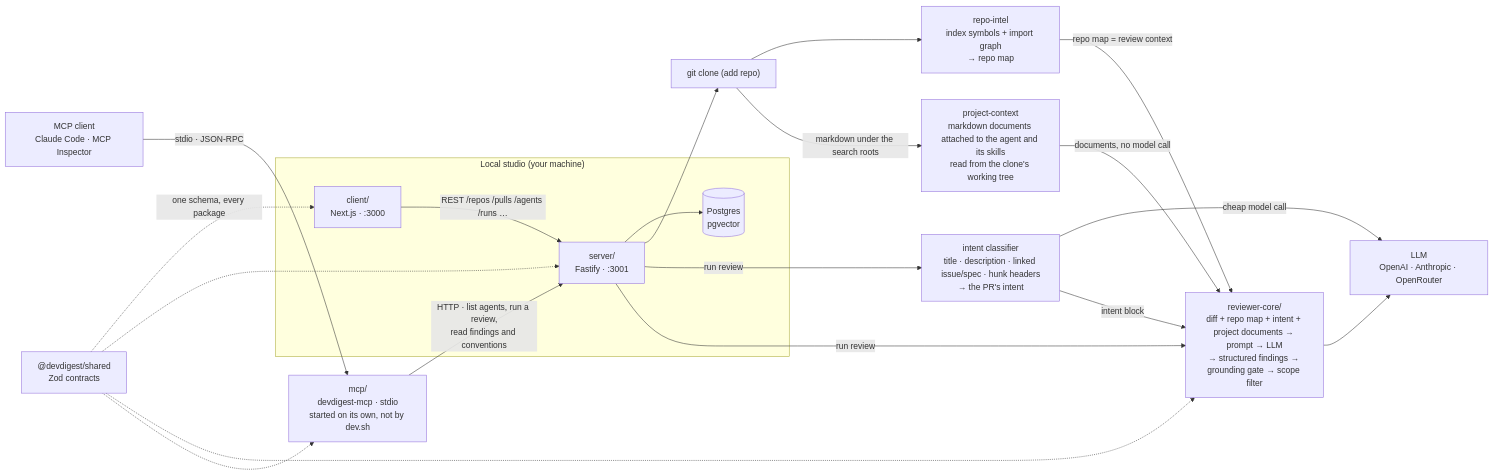
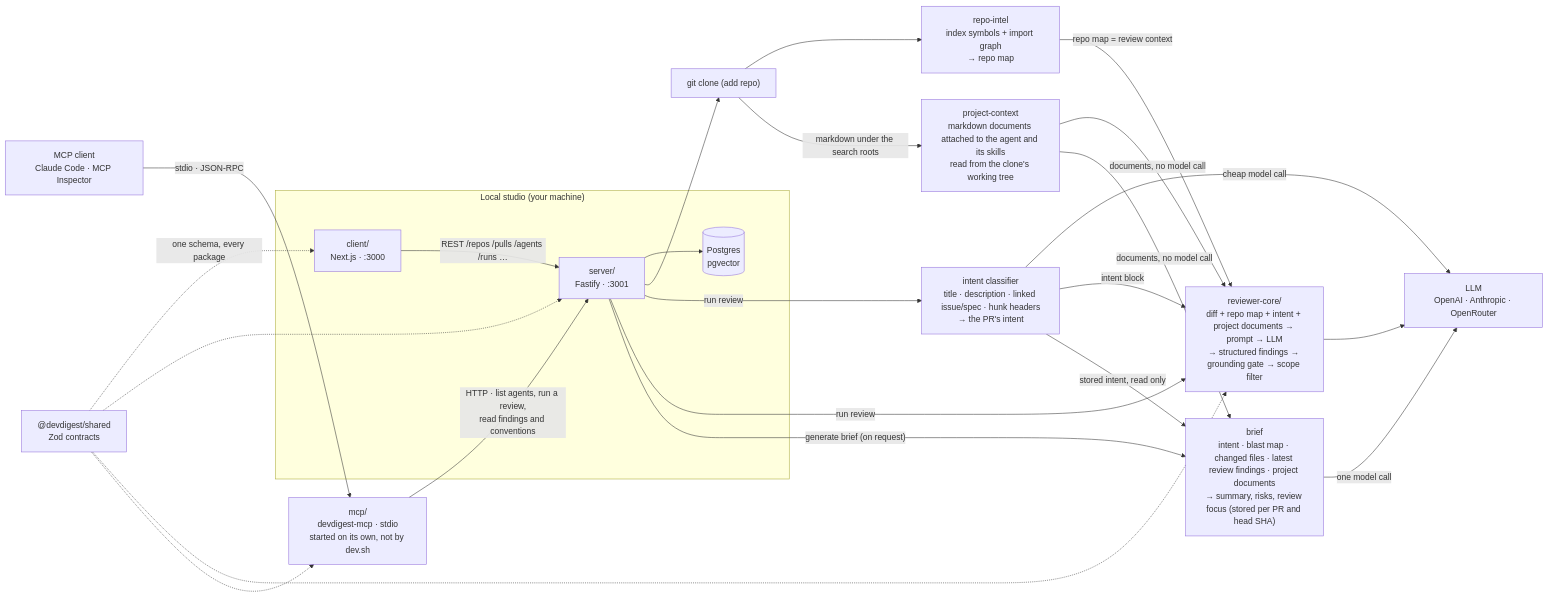
One commit to yrazub/dev-digest changed the diagram in README.md. Above: the diagram before and after it, drawn with Mermaid. The commit also changed other lines of this file and 18 other files, not shown here.

````diff
--- a/README.md
+++ b/README.md
@@ -28,37 +28,43 @@
 ```mermaid
 flowchart LR
   subgraph Studio["Local studio (your machine)"]
     WEB["client/<br/>Next.js · :3000"]
     API["server/<br/>Fastify · :3001"]
     PG[("Postgres<br/>pgvector")]
     WEB -->|"REST /repos /pulls /agents /runs …"| API
     API --> PG
   end
 
   CLONE["git clone (add repo)"] --> INDEX["repo-intel<br/>index symbols + import graph<br/>→ repo map"]
   API --> CLONE
   INDEX -->|"repo map = review context"| ENGINE
 
   INTENT["intent classifier<br/>title · description · linked issue/spec · hunk headers<br/>→ the PR's intent"]
   PCTX["project-context<br/>markdown documents attached to the agent and its skills<br/>read from the clone's working tree"]
   ENGINE["reviewer-core/<br/>diff + repo map + intent + project documents → prompt → LLM<br/>→ structured findings → grounding gate → scope filter"]
   LLM["LLM<br/>OpenAI · Anthropic · OpenRouter"]
   API -->|"run review"| INTENT
   INTENT -->|"cheap model call"| LLM
   INTENT -->|"intent block"| ENGINE
   CLONE -->|"markdown under the search roots"| PCTX
   PCTX -->|"documents, no model call"| ENGINE
   API -->|"run review"| ENGINE
   ENGINE --> LLM
 
+  BRIEF["brief<br/>intent · blast map · changed files · latest review findings · project documents<br/>→ summary, risks, review focus (stored per PR and head SHA)"]
+  API -->|"generate brief (on request)"| BRIEF
+  INTENT -->|"stored intent, read only"| BRIEF
+  PCTX -->|"documents, no model call"| BRIEF
+  BRIEF -->|"one model call"| LLM
+
   MCPCLIENT["MCP client<br/>Claude Code · MCP Inspector"]
   MCP["mcp/<br/>devdigest-mcp · stdio<br/>started on its own, not by dev.sh"]
   MCPCLIENT -->|"stdio · JSON-RPC"| MCP
   MCP -->|"HTTP · list agents, run a review,<br/>read findings and conventions"| API
 
   SHARED["@devdigest/shared<br/>Zod contracts"]
   SHARED -.->|"one schema, every package"| WEB
   SHARED -.-> API
   SHARED -.-> ENGINE
   SHARED -.-> MCP
 ```
````
